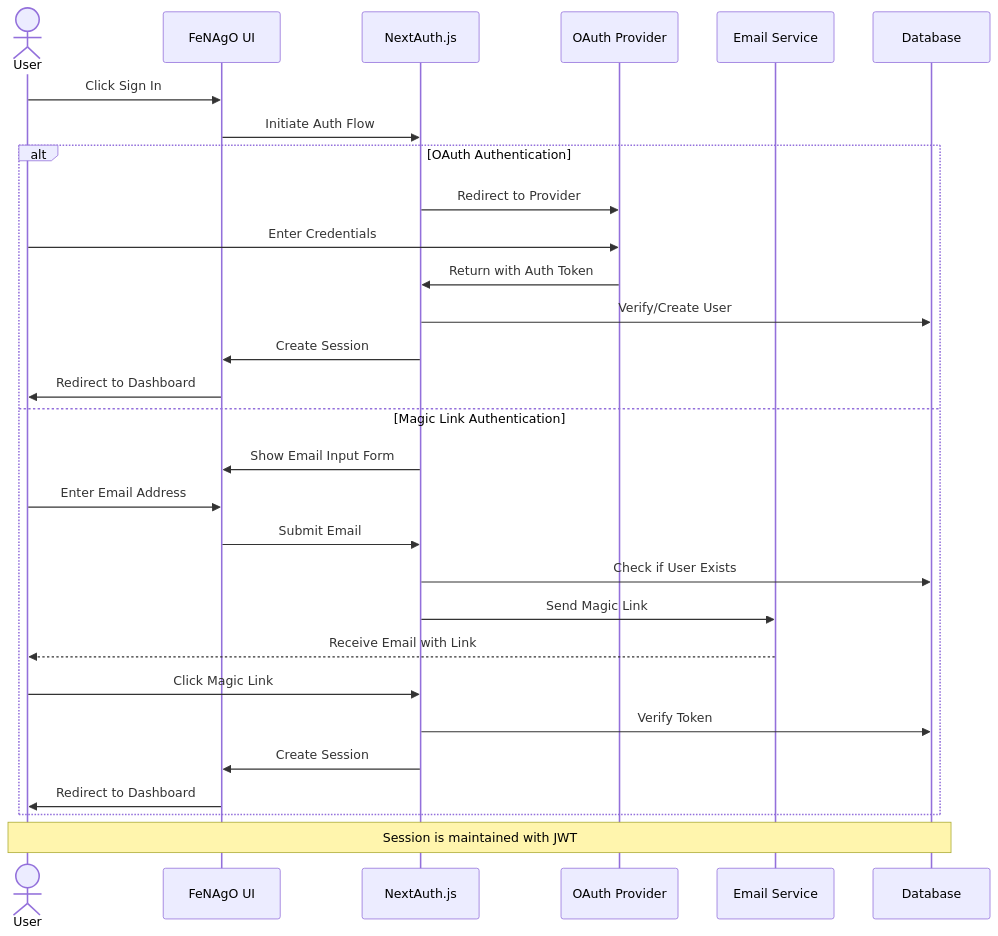
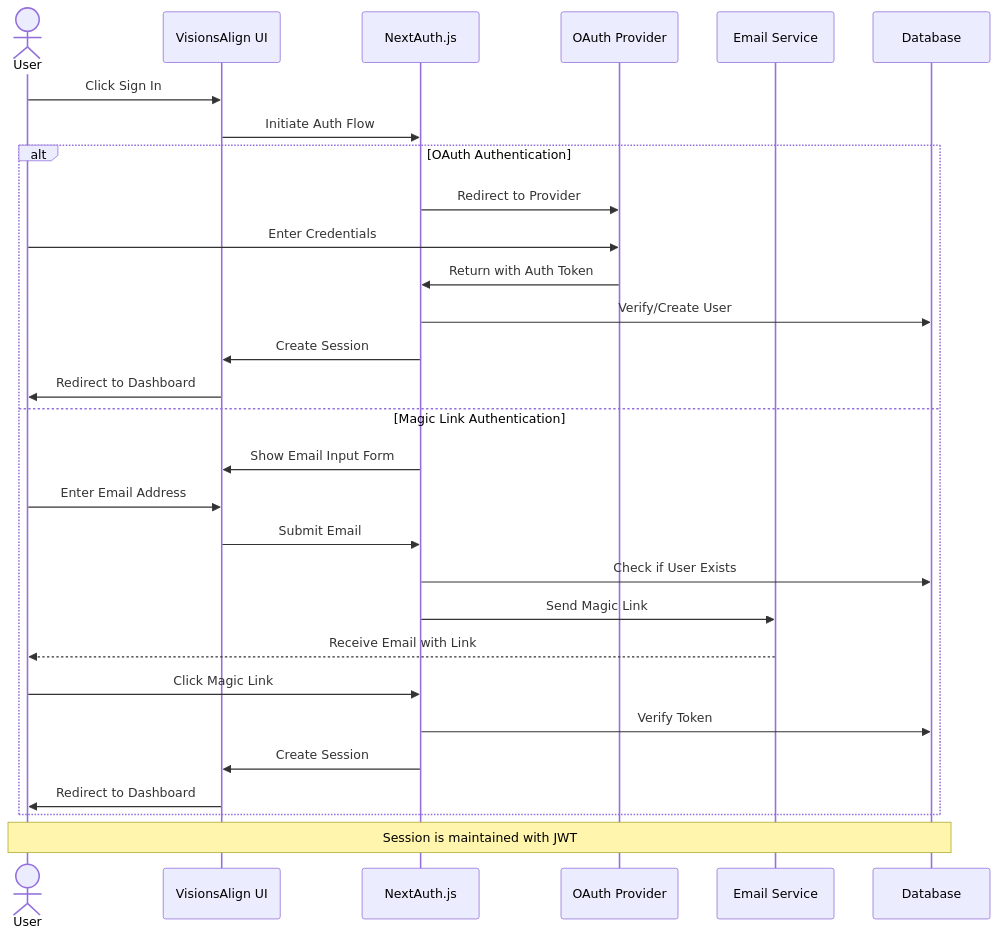
Before and after one commit to EladioAMendez/visions_align: the diagram in DevPlanDocs/mermaid-authentication-flow.md, drawn with Mermaid. The commit also changed other lines of this file and 38 other files, not shown here.

````diff
--- a/DevPlanDocs/mermaid-authentication-flow.md
+++ b/DevPlanDocs/mermaid-authentication-flow.md
@@ -5,34 +5,34 @@
 ```mermaid
 sequenceDiagram
     actor User
-    participant UI as FeNAgO UI
+    participant UI as VisionsAlign UI
     participant Auth as NextAuth.js
     participant OAuth as OAuth Provider
     participant Email as Email Service
     participant DB as Database
     
     User->>UI: Click Sign In
     UI->>Auth: Initiate Auth Flow
     
     alt OAuth Authentication
         Auth->>OAuth: Redirect to Provider
         User->>OAuth: Enter Credentials
         OAuth->>Auth: Return with Auth Token
         Auth->>DB: Verify/Create User
         Auth->>UI: Create Session
         UI->>User: Redirect to Dashboard
     else Magic Link Authentication
         Auth->>UI: Show Email Input Form
         User->>UI: Enter Email Address
         UI->>Auth: Submit Email
         Auth->>DB: Check if User Exists
         Auth->>Email: Send Magic Link
         Email-->>User: Receive Email with Link
         User->>Auth: Click Magic Link
         Auth->>DB: Verify Token
         Auth->>UI: Create Session
         UI->>User: Redirect to Dashboard
     end
     
     Note over User,DB: Session is maintained with JWT
 ```
````
